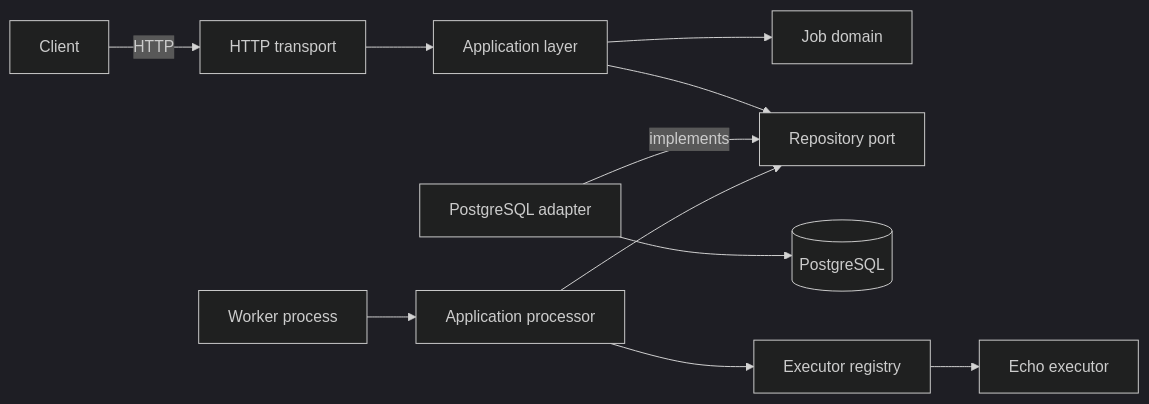
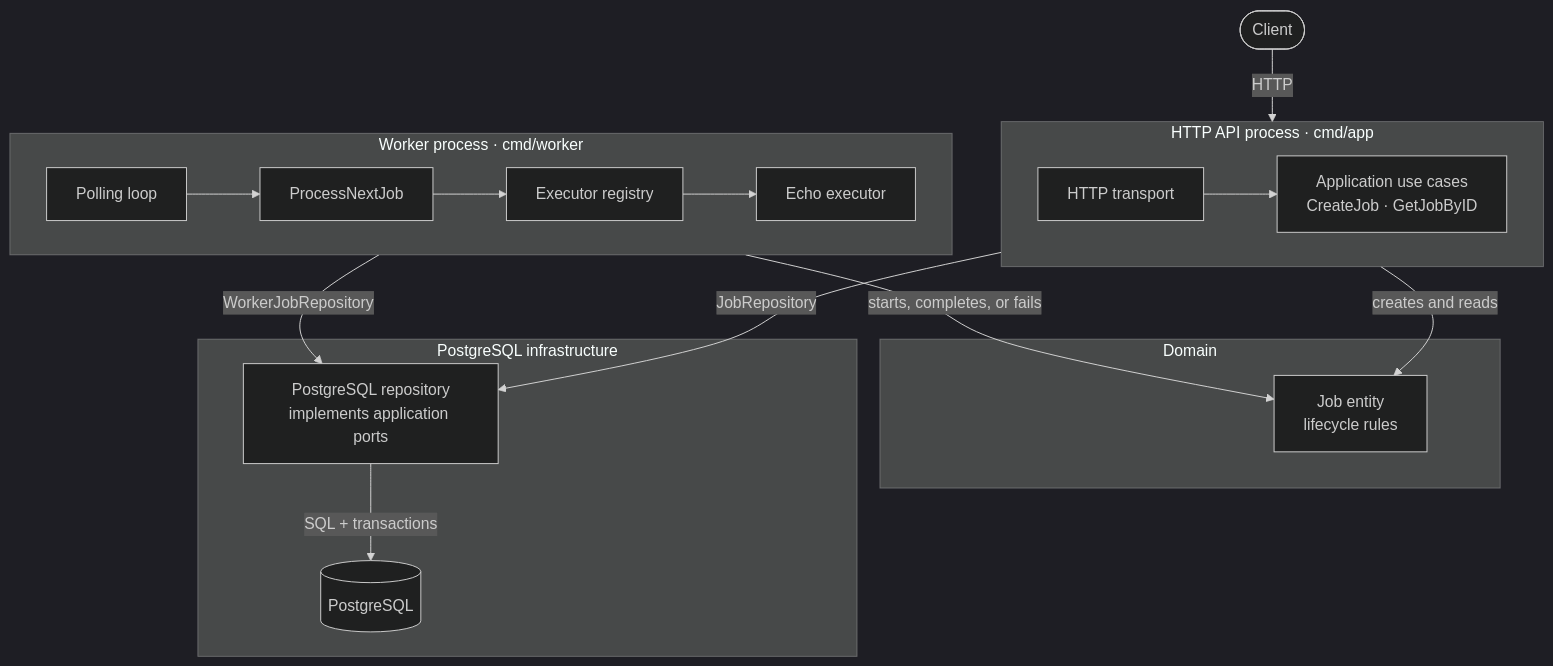
One commit to LeezyWannaFall/GoreFlow changed the first of 2 diagrams in README.md. Above: the diagram before and after it, drawn with Mermaid (dark theme). The commit also changed other lines of this file and 1 other file, not shown here.

Commit message:
docs: add Russian README and refine architecture

````diff
--- a/README.md
+++ b/README.md
@@ -29,14 +31,36 @@
 ```mermaid
-flowchart LR
-    Client -->|HTTP| Transport[HTTP transport]
-    Transport --> Application[Application layer]
-    Application --> Domain[Job domain]
-    Application --> Port[Repository port]
-    PostgreSQLAdapter[PostgreSQL adapter] -->|implements| Port
-    PostgreSQLAdapter --> PostgreSQL[(PostgreSQL)]
+flowchart TB
+    Client([Client])
 
-    Worker[Worker process] --> Processor[Application processor]
-    Processor --> Registry[Executor registry]
-    Registry --> Echo[Echo executor]
-    Processor --> Port
+    subgraph APIProcess[HTTP API process · cmd/app]
+        direction LR
+        Transport[HTTP transport]
+        UseCases[Application use cases<br/>CreateJob · GetJobByID]
+        Transport --> UseCases
+    end
+
+    subgraph WorkerProcess[Worker process · cmd/worker]
+        direction LR
+        Poller[Polling loop]
+        Processor[ProcessNextJob]
+        Registry[Executor registry]
+        Echo[Echo executor]
+        Poller --> Processor --> Registry --> Echo
+    end
+
+    subgraph Domain[Domain]
+        Job[Job entity<br/>lifecycle rules]
+    end
+
+    subgraph Infrastructure[PostgreSQL infrastructure]
+        Repository[PostgreSQL repository<br/>implements application ports]
+        PostgreSQL[(PostgreSQL)]
+        Repository -->|SQL + transactions| PostgreSQL
+    end
+
+    Client -->|HTTP| Transport
+    UseCases -->|creates and reads| Job
+    Processor -->|starts, completes, or fails| Job
+    UseCases -->|JobRepository| Repository
+    Processor -->|WorkerJobRepository| Repository
 ```
````
